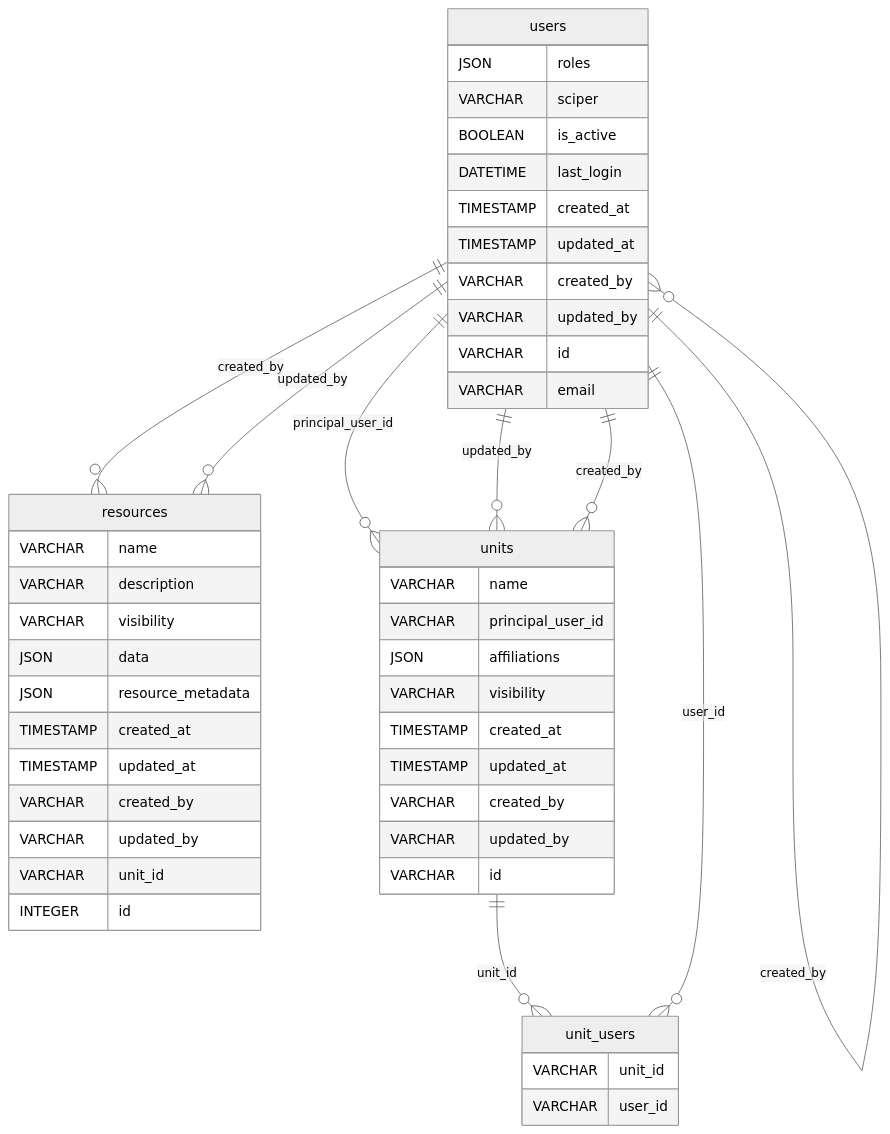
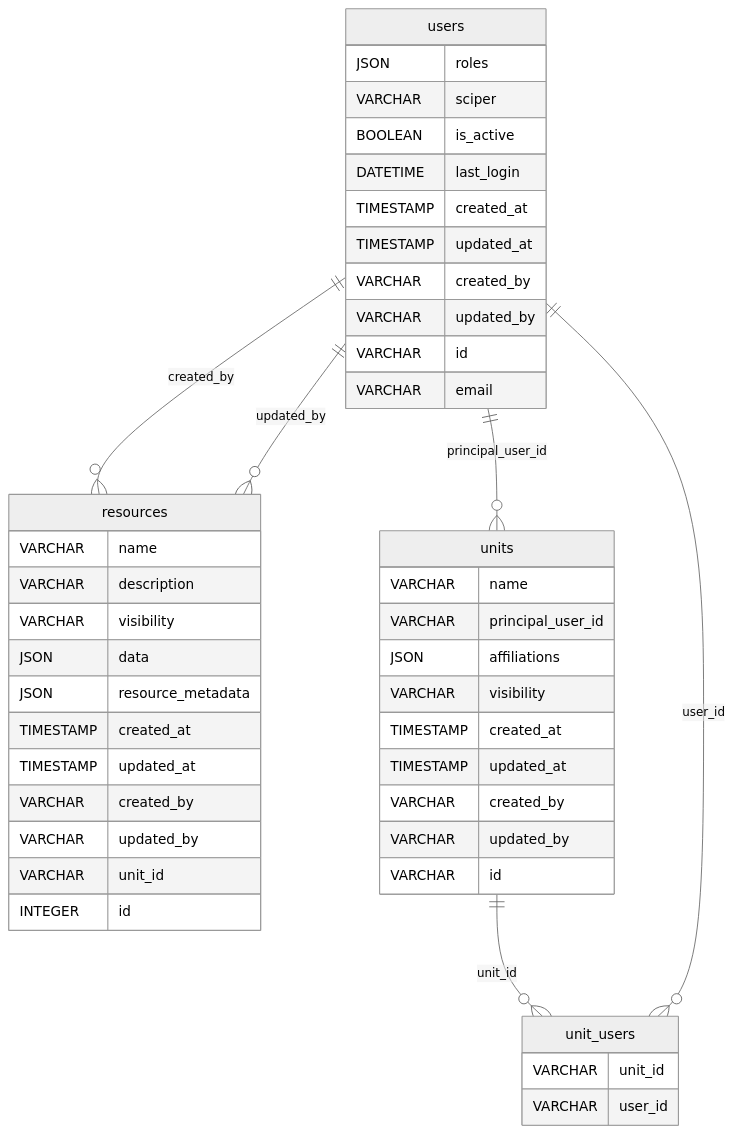
Before and after one commit to EPFL-ENAC/co2-calculator: the diagram in docs/src/database/erd.md, drawn with Mermaid (neutral theme). The commit also changed other lines of this file and 5 other files, not shown here.

````diff
--- a/docs/src/database/erd.md
+++ b/docs/src/database/erd.md
@@ -3,52 +2,48 @@
 ```mermaid
 erDiagram
   resources {
     VARCHAR name
     VARCHAR description
     VARCHAR visibility
     JSON data
     JSON resource_metadata
     TIMESTAMP created_at
     TIMESTAMP updated_at
     VARCHAR created_by
     VARCHAR updated_by
     VARCHAR unit_id
     INTEGER id
   }
   units {
     VARCHAR name
     VARCHAR principal_user_id
     JSON affiliations
     VARCHAR visibility
     TIMESTAMP created_at
     TIMESTAMP updated_at
     VARCHAR created_by
     VARCHAR updated_by
     VARCHAR id
   }
   unit_users {
     VARCHAR unit_id
     VARCHAR user_id
   }
   users {
     JSON roles
     VARCHAR sciper
     BOOLEAN is_active
     DATETIME last_login
     TIMESTAMP created_at
     TIMESTAMP updated_at
     VARCHAR created_by
     VARCHAR updated_by
     VARCHAR id
     VARCHAR email
   }
   users ||--}o resources : created_by
   users ||--}o resources : updated_by
   users ||--}o units : principal_user_id
-  users ||--}o units : updated_by
-  users ||--}o units : created_by
   units ||--}o unit_users : unit_id
   users ||--}o unit_users : user_id
-  users ||--}o users : updated_by
-  users ||--}o users : created_by
 ```
````
